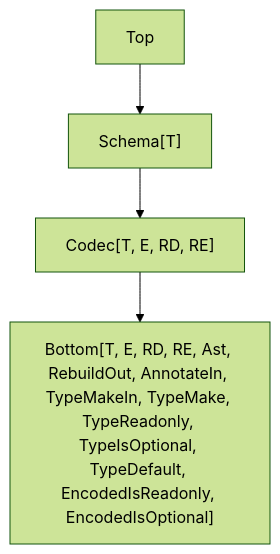
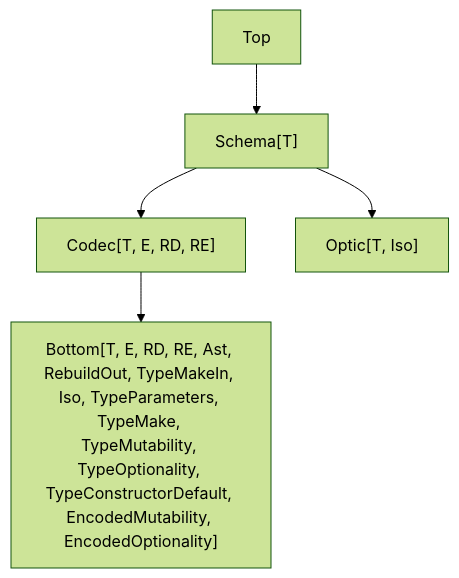
One commit to suddenlyGiovanni/effect-smol changed the second of 2 diagrams in packages/effect/SCHEMA.md. Above: the diagram before and after it, drawn with Mermaid (forest theme). The commit also changed other lines of this file, not shown here.

Commit message:
Update Type Hierarchy and add Best Practices (#638)

````diff
--- a/packages/effect/SCHEMA.md
+++ b/packages/effect/SCHEMA.md
@@ -182,6 +182,7 @@
 ```mermaid
 flowchart TD
     T[Top] --> S["Schema[T]"]
     S --> C["Codec[T, E, RD, RE]"]
-    C --> B["Bottom[T, E, RD, RE, Ast, RebuildOut, AnnotateIn, TypeMakeIn, TypeMake, TypeReadonly, TypeIsOptional, TypeDefault, EncodedIsReadonly, EncodedIsOptional]"]
+    S --> O["Optic[T, Iso]"]
+    C --> B["Bottom[T, E, RD, RE, Ast, RebuildOut, TypeMakeIn, Iso, TypeParameters, TypeMake, TypeMutability, TypeOptionality, TypeConstructorDefault, EncodedMutability, EncodedOptionality]"]
 ```
````
